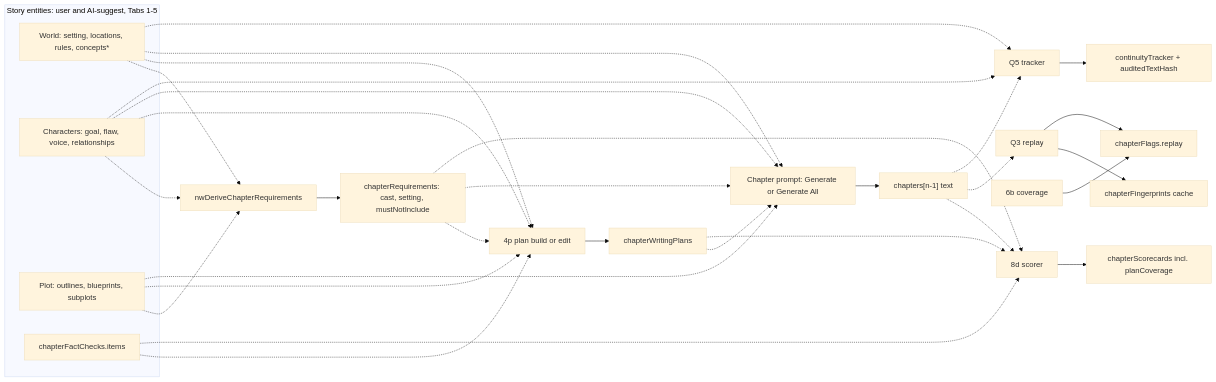
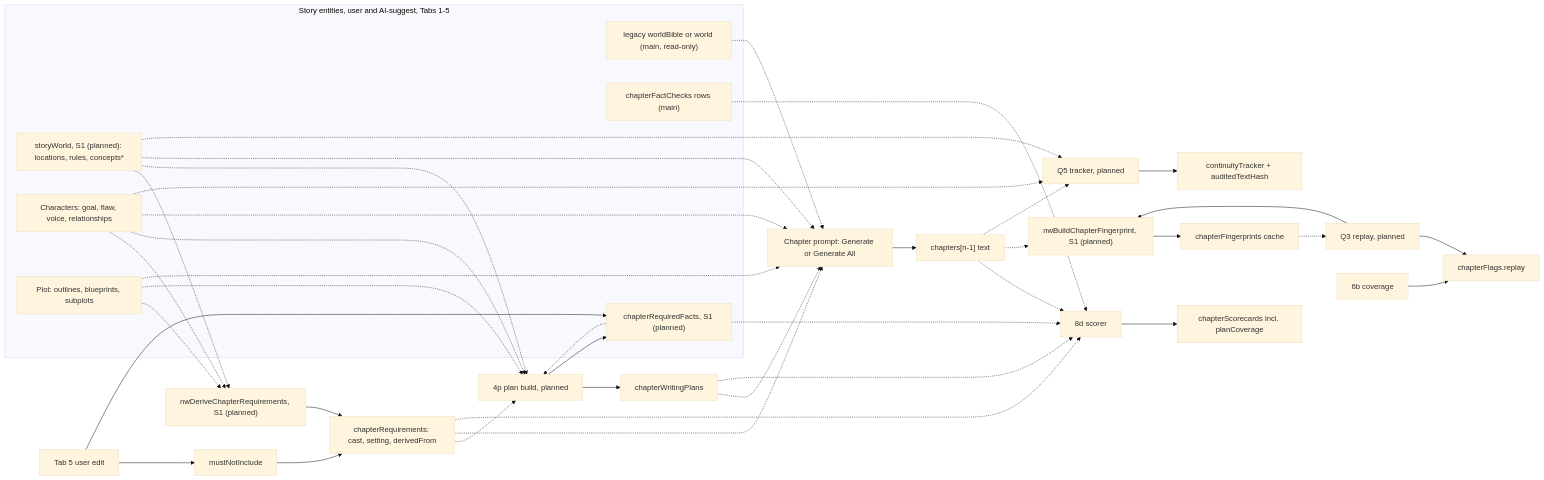
One commit to bnorth12/AI-Book-Tools changed the seventh of 8 diagrams in NovelWriter/docs/ARCHITECTURE.md. Above: the diagram before and after it, drawn with Mermaid (base theme). The commit also changed other lines of this file, not shown here.

Commit message:
A1 docs: ARCHITECTURE.md v4 (Reviewer must-fixes: chapterRequiredFacts, storyWorld, migrate on checkpoint restore, per-field owners)

````diff
--- a/NovelWriter/docs/ARCHITECTURE.md
+++ b/NovelWriter/docs/ARCHITECTURE.md
@@ -403,35 +480,45 @@
 ```mermaid
 flowchart LR
-    subgraph SE["Story entities: user and AI-suggest, Tabs 1-5"]
-        W["World: setting, locations, rules, concepts*"]
+    subgraph SE["Story entities, user and AI-suggest, Tabs 1-5"]
+        W["storyWorld, S1 (planned): locations, rules, concepts*"]
+        LW["legacy worldBible or world (main, read-only)"]
         C["Characters: goal, flaw, voice, relationships"]
         P["Plot: outlines, blueprints, subplots"]
-        F[chapterFactChecks.items]
+        LF["chapterFactChecks rows (main)"]
+        F["chapterRequiredFacts, S1 (planned)"]
     end
-    X[nwDeriveChapterRequirements] --> R["chapterRequirements: cast, setting, mustNotInclude"]
+    U5["Tab 5 user edit"] --> F
+    U5 --> MN["mustNotInclude"]
+    X["nwDeriveChapterRequirements, S1 (planned)"] --> R["chapterRequirements: cast, setting, derivedFrom"]
+    MN --> R
     P -.-> X
     C -.-> X
     W -.-> X
-    B["4p plan build or edit"] --> WP[chapterWritingPlans]
+    B["4p plan build, planned"] --> WP[chapterWritingPlans]
+    B --> F
     P -.-> B
     C -.-> B
     W -.-> B
     F -.-> B
     R -.-> B
     WP -.-> PR["Chapter prompt: Generate or Generate All"]
     P -.-> PR
     C -.-> PR
+    LW -.-> PR
     W -.-> PR
     R -.-> PR
     PR --> T["chapters[n-1] text"]
-    T -.-> S[8d scorer] --> SC["chapterScorecards incl. planCoverage"]
+    T -.-> S["8d scorer"] --> SC["chapterScorecards incl. planCoverage"]
+    LF -.-> S
     WP -.-> S
     R -.-> S
     F -.-> S
-    T -.-> Q3[Q3 replay] --> FP[chapterFingerprints cache]
-    Q3 --> FL[chapterFlags.replay]
-    G[6b coverage] --> FL
-    T -.-> Q5[Q5 tracker] --> CT["continuityTracker + auditedTextHash"]
+    T -.-> FPB["nwBuildChapterFingerprint, S1 (planned)"] --> FP["chapterFingerprints cache"]
+    Q3["Q3 replay, planned"] --> FPB
+    FP -.-> Q3
+    Q3 --> FL["chapterFlags.replay"]
+    G["6b coverage"] --> FL
+    T -.-> Q5["Q5 tracker, planned"] --> CT["continuityTracker + auditedTextHash"]
     W -.-> Q5
     C -.-> Q5
 ```
````
